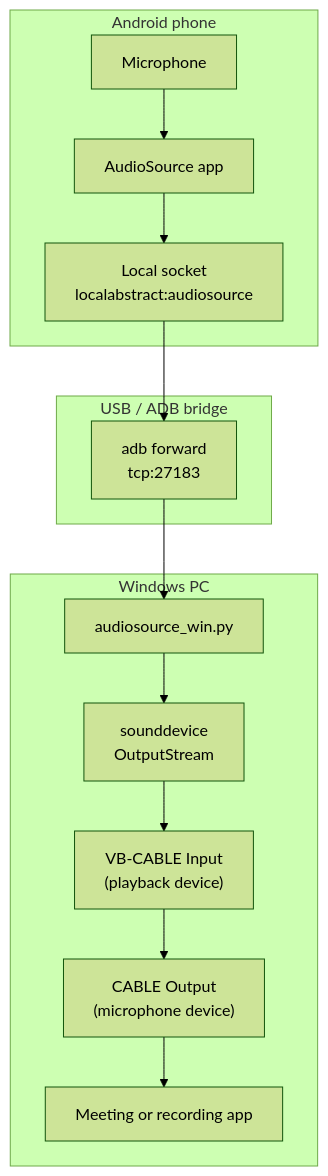
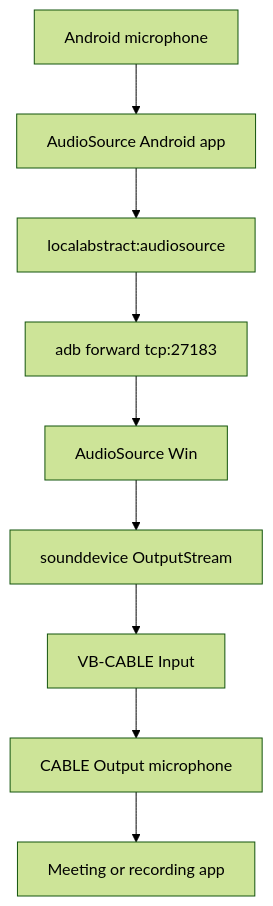
Before and after one commit to craig010/audiosource-win: the diagram in README.md, drawn with Mermaid (forest theme). The commit also changed other lines of this file and 20 other files, not shown here.

````diff
--- a/README.md
+++ b/README.md
@@ -9,25 +9,11 @@
 ```mermaid
 flowchart TD
-    subgraph Android["Android phone"]
-        Mic["Microphone"]
-        App["AudioSource app"]
-        Socket["Local socket<br/>localabstract:audiosource"]
-        Mic --> App --> Socket
-    end
-
-    subgraph Bridge["USB / ADB bridge"]
-        Forward["adb forward<br/>tcp:27183"]
-    end
-
-    subgraph Windows["Windows PC"]
-        Script["audiosource_win.py"]
-        Output["sounddevice<br/>OutputStream"]
-        CableIn["VB-CABLE Input<br/>(playback device)"]
-        CableOut["CABLE Output<br/>(microphone device)"]
-        Apps["Meeting or recording app"]
-
-        Script --> Output --> CableIn --> CableOut --> Apps
-    end
-
-    Socket --> Forward --> Script
+    Mic["Android microphone"] --> App["AudioSource Android app"]
+    App --> Socket["localabstract:audiosource"]
+    Socket --> Forward["adb forward tcp:27183"]
+    Forward --> Bridge["AudioSource Win"]
+    Bridge --> Output["sounddevice OutputStream"]
+    Output --> CableIn["VB-CABLE Input"]
+    CableIn --> CableOut["CABLE Output microphone"]
+    CableOut --> Apps["Meeting or recording app"]
 ```
````
